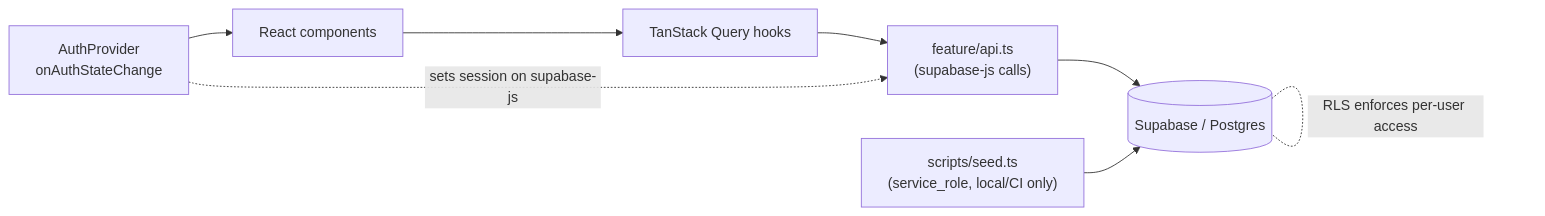
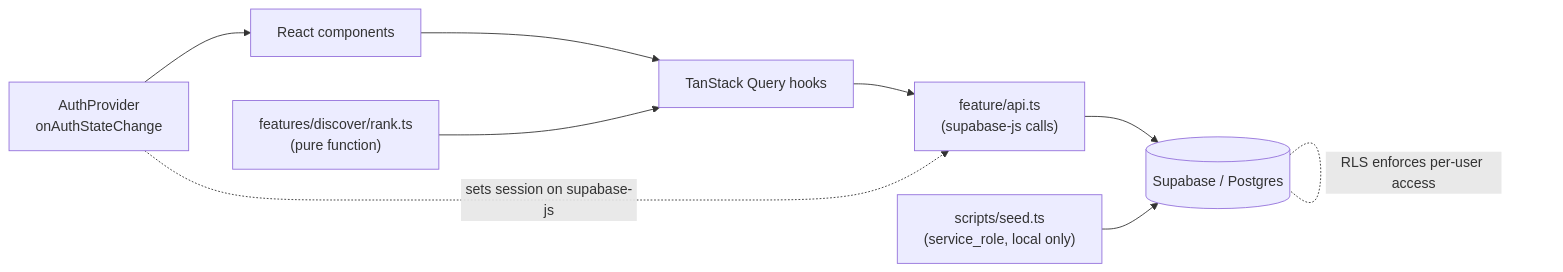
The diagram in ARCHITECTURE.md (davidxcai/cse-3311-project), drawn with Mermaid before and after one commit. The commit also changed other lines of this file and 170 other files, not shown here.

````diff
--- a/ARCHITECTURE.md
+++ b/ARCHITECTURE.md
@@ -24,10 +54,11 @@
 ```mermaid
 flowchart LR
   UI[React components] --> Q[TanStack Query hooks]
   Q --> API["feature/api.ts<br/>(supabase-js calls)"]
   API --> SB[(Supabase / Postgres)]
   SB -. RLS enforces per-user access .- SB
+  RANK["features/discover/rank.ts<br/>(pure function)"] --> Q
   AUTH[AuthProvider<br/>onAuthStateChange] --> UI
   AUTH -. sets session on supabase-js .-> API
-  SEED["scripts/seed.ts<br/>(service_role, local/CI only)"] --> SB
+  SEED["scripts/seed.ts<br/>(service_role, local only)"] --> SB
 ```
````
